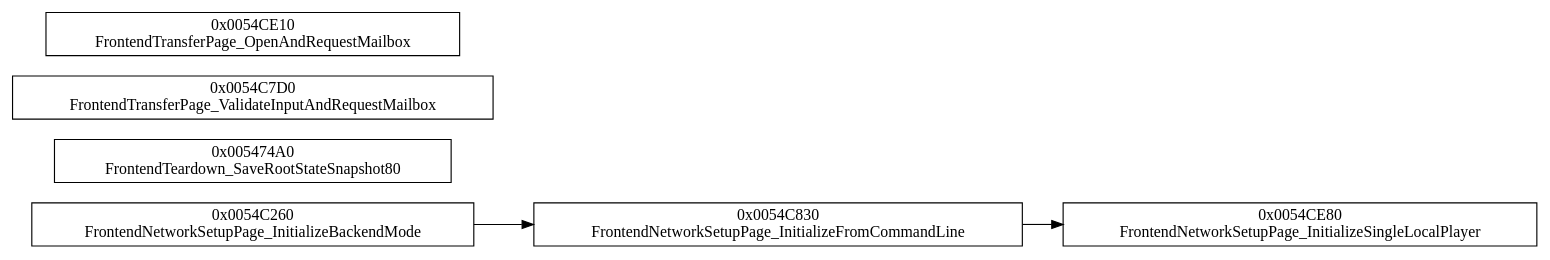
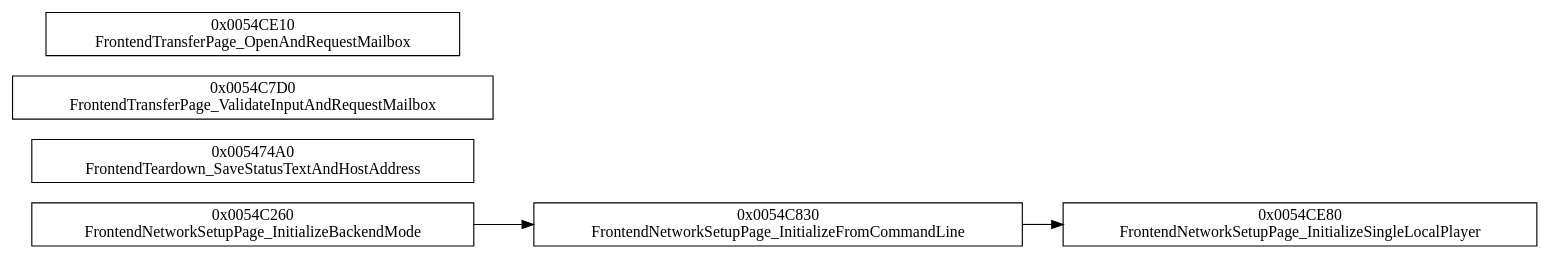
Before and after one commit to idkFoxes/open-thandor: the diagram in docs/callgraphs/ui/frontend/network.dot, drawn with Graphviz. The commit also changed 238 other files, not shown here.

```diff
--- a/docs/callgraphs/ui/frontend/network.dot
+++ b/docs/callgraphs/ui/frontend/network.dot
@@ -1,12 +1,12 @@
 digraph thandor {
   rankdir=LR;
   node [shape=box];
   "FrontendNetworkSetupPage_InitializeBackendMode" [label="0x0054C260\nFrontendNetworkSetupPage_InitializeBackendMode"];
-  "FrontendTeardown_SaveRootStateSnapshot80" [label="0x005474A0\nFrontendTeardown_SaveRootStateSnapshot80"];
+  "FrontendTeardown_SaveStatusTextAndHostAddress" [label="0x005474A0\nFrontendTeardown_SaveStatusTextAndHostAddress"];
   "FrontendTransferPage_ValidateInputAndRequestMailbox" [label="0x0054C7D0\nFrontendTransferPage_ValidateInputAndRequestMailbox"];
   "FrontendTransferPage_OpenAndRequestMailbox" [label="0x0054CE10\nFrontendTransferPage_OpenAndRequestMailbox"];
   "FrontendNetworkSetupPage_InitializeFromCommandLine" [label="0x0054C830\nFrontendNetworkSetupPage_InitializeFromCommandLine"];
   "FrontendNetworkSetupPage_InitializeSingleLocalPlayer" [label="0x0054CE80\nFrontendNetworkSetupPage_InitializeSingleLocalPlayer"];
   "FrontendNetworkSetupPage_InitializeBackendMode" -> "FrontendNetworkSetupPage_InitializeFromCommandLine";
   "FrontendNetworkSetupPage_InitializeFromCommandLine" -> "FrontendNetworkSetupPage_InitializeSingleLocalPlayer";
 }
```
